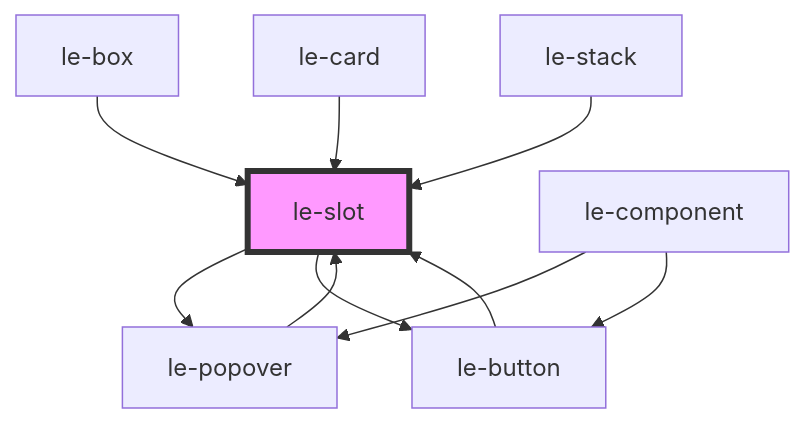
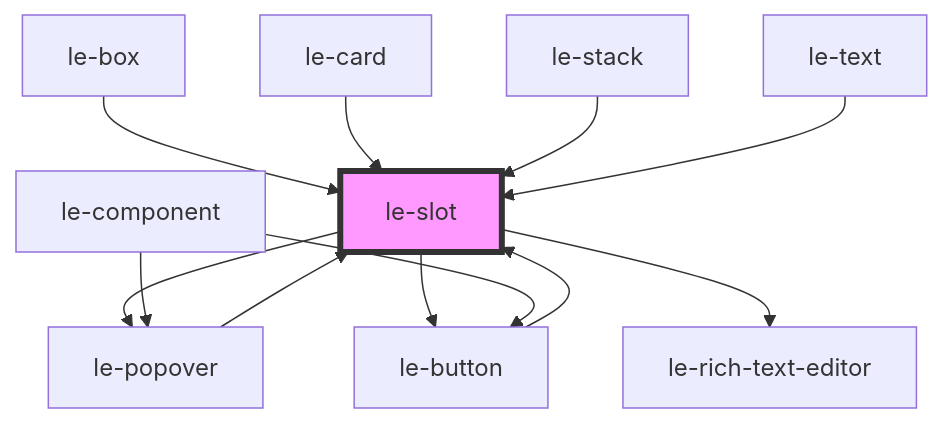
One commit to leechy/le-kit changed the diagram in src/components/le-slot/readme.md. Above: the diagram before and after it, drawn with Mermaid. The commit also changed other lines of this file and 16 other files, not shown here.

First line of the commit message:
feat: Add le-rich-text-editor component with block-level editing

````diff
--- a/src/components/le-slot/readme.md
+++ b/src/components/le-slot/readme.md
@@ -63,13 +66,15 @@
 ```mermaid
 graph TD;
   le-slot --> le-popover
   le-slot --> le-button
+  le-slot --> le-rich-text-editor
   le-popover --> le-slot
   le-button --> le-slot
   le-component --> le-popover
   le-component --> le-button
   le-box --> le-slot
   le-card --> le-slot
   le-stack --> le-slot
+  le-text --> le-slot
   style le-slot fill:#f9f,stroke:#333,stroke-width:4px
 ```
````
